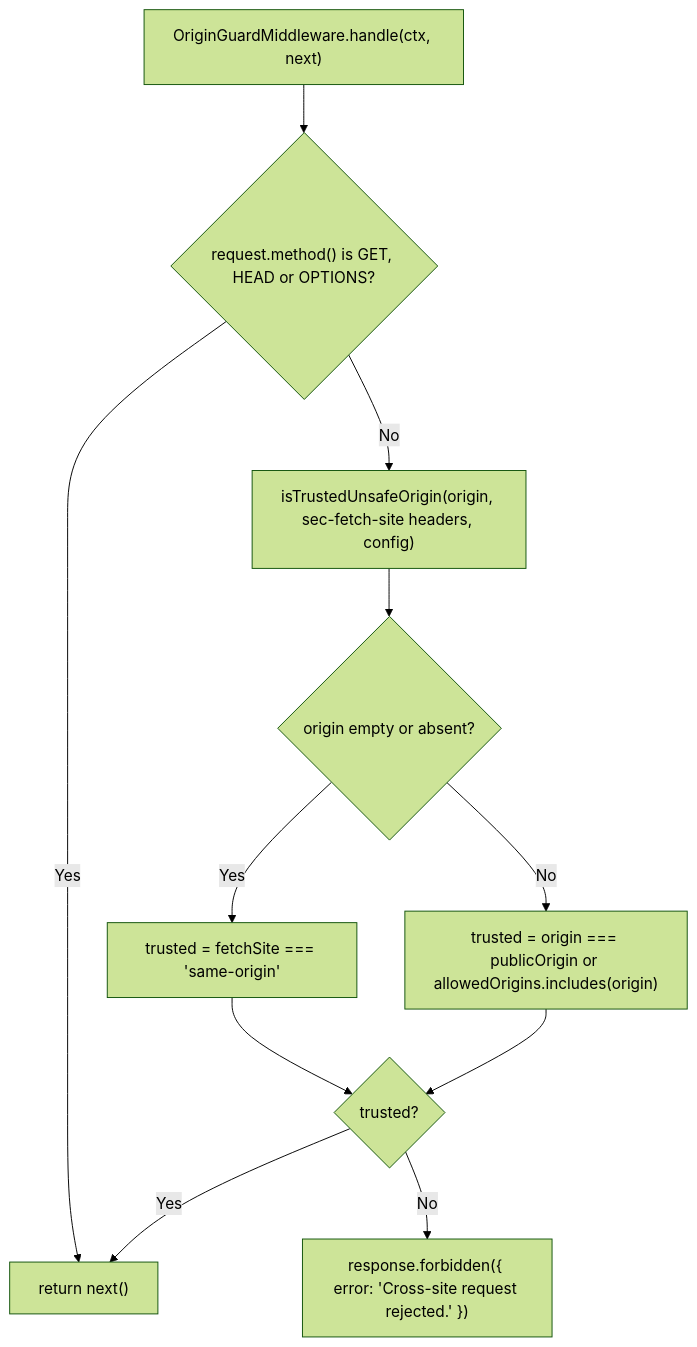
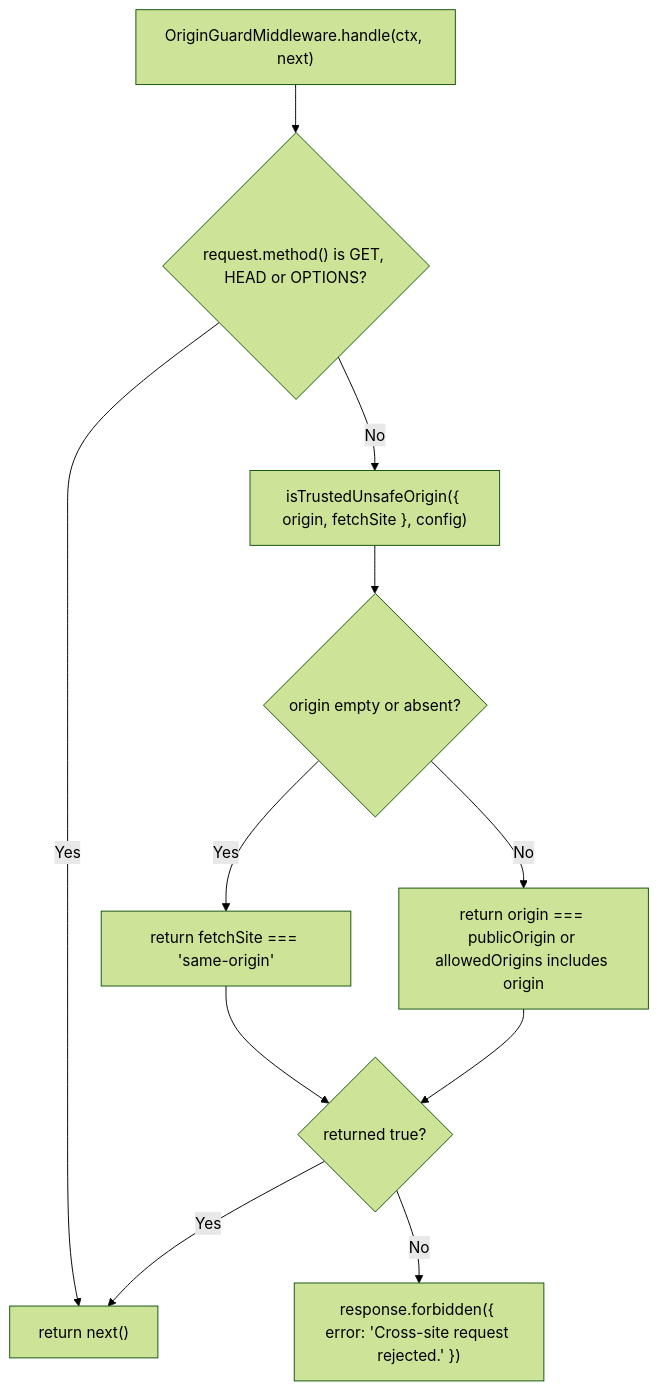
Before and after one commit to Kevinjohn/oss-adonisjs-origin-guard: the second of 2 diagrams in user-stories/US-ORIGIN-01-refuse-cross-site-writes.md, drawn with Mermaid (forest theme). The commit also changed other lines of this file and 4 other files, not shown here.

````diff
--- a/user-stories/US-ORIGIN-01-refuse-cross-site-writes.md
+++ b/user-stories/US-ORIGIN-01-refuse-cross-site-writes.md
@@ -46,13 +46,13 @@
 ```mermaid
 flowchart TD
     A["OriginGuardMiddleware.handle(ctx, next)"] --> B{"request.method() is GET, HEAD or OPTIONS?"}
     B -->|Yes| N["return next()"]
-    B -->|No| C["isTrustedUnsafeOrigin(origin, sec-fetch-site headers, config)"]
+    B -->|No| C["isTrustedUnsafeOrigin({ origin, fetchSite }, config)"]
     C --> D{"origin empty or absent?"}
-    D -->|Yes| E["trusted = fetchSite === 'same-origin'"]
-    D -->|No| F["trusted = origin === publicOrigin or allowedOrigins.includes(origin)"]
-    E --> G{"trusted?"}
+    D -->|Yes| E["return fetchSite === 'same-origin'"]
+    D -->|No| F["return origin === publicOrigin or allowedOrigins includes origin"]
+    E --> G{"returned true?"}
     F --> G
     G -->|Yes| N
     G -->|No| H["response.forbidden({ error: 'Cross-site request rejected.' })"]
 ```
````
